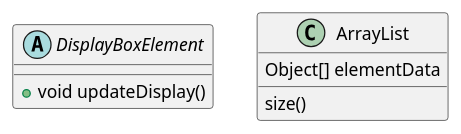
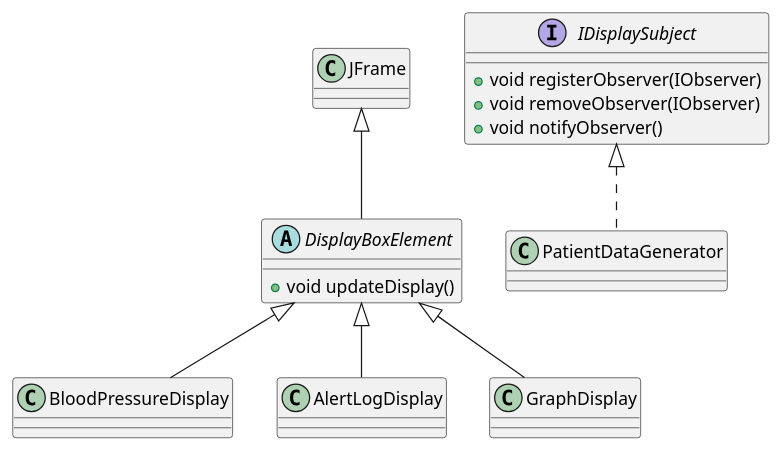
Before and after one commit to KC45jp/SENG4130-Project-Automated-Remote-Health-Monitoring: the diagram in UML/GUIPatientDataElement.puml, drawn with PlantUML. The commit also changed 2 other files, not shown here.

```diff
--- a/UML/GUIPatientDataElement.puml
+++ b/UML/GUIPatientDataElement.puml
@@ -1,17 +1,40 @@
 @startuml
 'https://plantuml.com/class-diagram
 
 
 
 
 abstract class DisplayBoxElement {
 
 +void updateDisplay()
 }
 
-class ArrayList {
-Object[] elementData
-size()
+class BloodPressureDisplay {
 }
 
+class AlertLogDisplay {
+}
+
+class GraphDisplay {
+}
+
+interface IDisplaySubject {
++ void registerObserver(IObserver)
++ void removeObserver(IObserver)
++ void notifyObserver()
+}
+
+class PatientDataGenerator {
+}
+
+
+
+
+
+
+JFrame <|-- DisplayBoxElement
+DisplayBoxElement <|-- BloodPressureDisplay
+DisplayBoxElement <|-- AlertLogDisplay
+DisplayBoxElement <|-- GraphDisplay
+IDisplaySubject <|.. PatientDataGenerator
 @enduml
```
